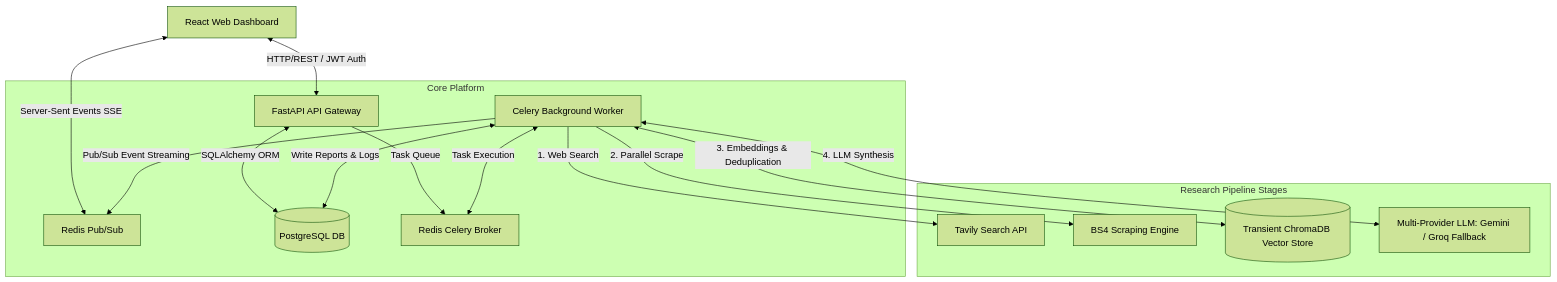
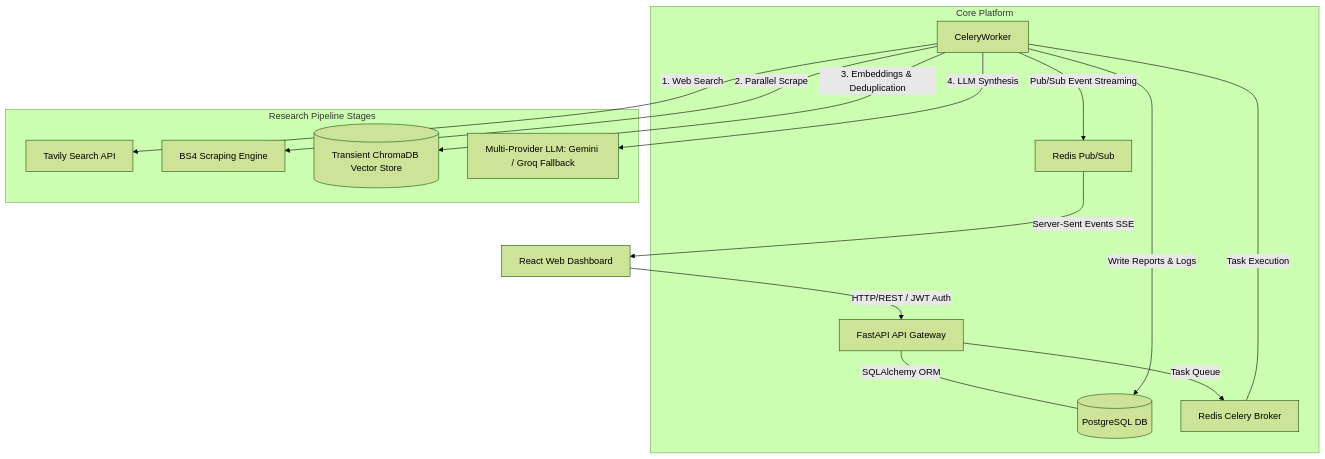
One commit to kshitij189/CortexMCP changed the first of 2 diagrams in README.md. Above: the diagram before and after it, drawn with Mermaid (forest theme).

Commit message:
Fix: Resolve GitHub Mermaid syntax parsing error by replacing non-standard bidirectional arrowheads

````diff
--- a/README.md
+++ b/README.md
@@ -13,25 +13,25 @@
 ```mermaid
 graph TD
     %% Clients
-    Client[React Web Dashboard] <-->|HTTP/REST / JWT Auth| API[FastAPI API Gateway]
-    Client <-->|Server-Sent Events SSE| RedisPubSub[Redis Pub/Sub]
+    Client[React Web Dashboard] -->|HTTP/REST / JWT Auth| API[FastAPI API Gateway]
+    RedisPubSub -->|Server-Sent Events SSE| Client
 
     %% Main Application Stack
     subgraph Core Platform
-        API <-->|SQLAlchemy ORM| Postgres[(PostgreSQL DB)]
+        API ---|SQLAlchemy ORM| Postgres[(PostgreSQL DB)]
         API -->|Task Queue| RedisQueue[Redis Celery Broker]
-        CeleryWorker[Celery Background Worker] <-->|Task Execution| RedisQueue
-        CeleryWorker -->|Pub/Sub Event Streaming| RedisPubSub
+        CeleryWorker ---|Task Execution| RedisQueue[Redis Celery Broker]
+        CeleryWorker -->|Pub/Sub Event Streaming| RedisPubSub[Redis Pub/Sub]
     end
 
     %% Pipeline Integrations
     subgraph Research Pipeline Stages
         CeleryWorker -->|1. Web Search| Tavily[Tavily Search API]
         CeleryWorker -->|2. Parallel Scrape| BeautifulSoup[BS4 Scraping Engine]
-        CeleryWorker <-->|3. Embeddings & Deduplication| ChromaDB[(Transient ChromaDB Vector Store)]
-        CeleryWorker <-->|4. LLM Synthesis| GeminiGroq[Multi-Provider LLM: Gemini / Groq Fallback]
+        CeleryWorker -->|3. Embeddings & Deduplication| ChromaDB[(Transient ChromaDB Vector Store)]
+        CeleryWorker -->|4. LLM Synthesis| GeminiGroq[Multi-Provider LLM: Gemini / Groq Fallback]
     end
 
     %% Database relationships
-    CeleryWorker <-->|Write Reports & Logs| Postgres
+    CeleryWorker -->|Write Reports & Logs| Postgres
 ```
````
